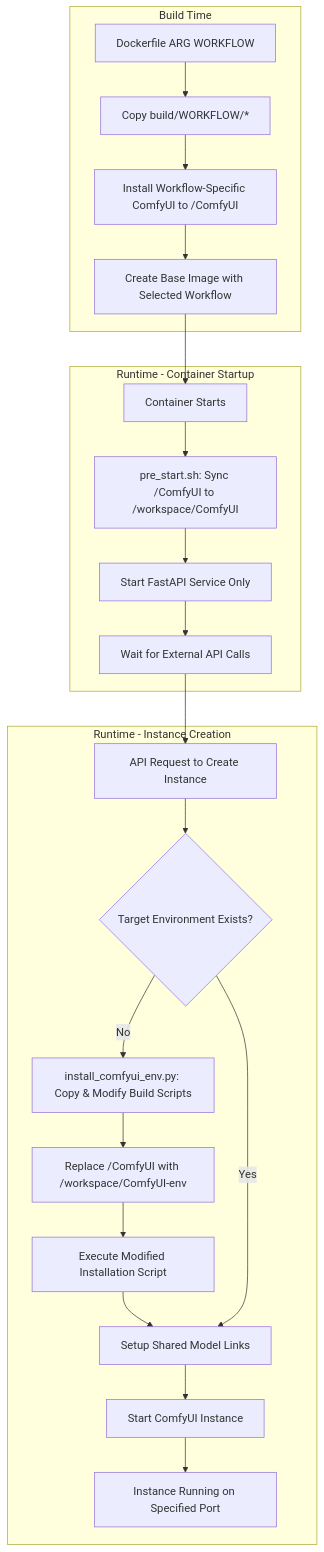
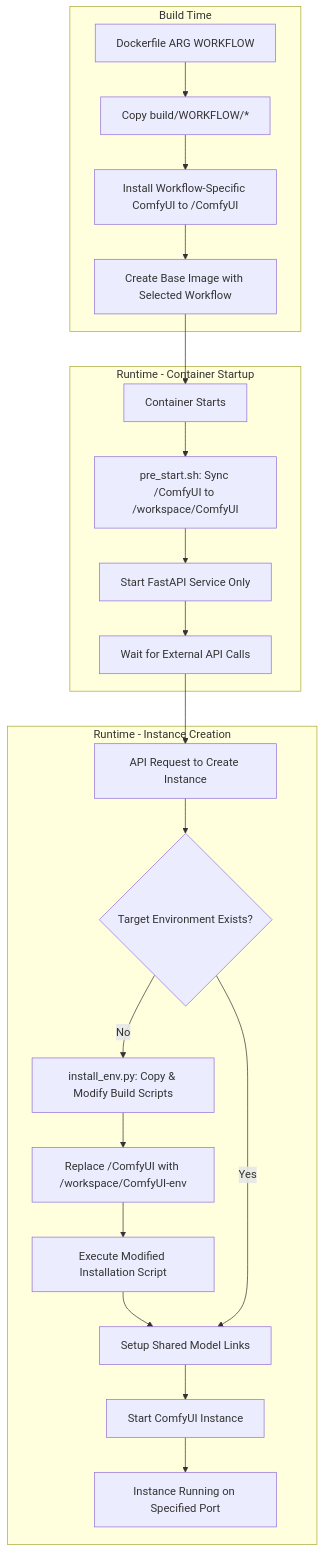
The first of 4 diagrams in README.md (Be-As-One/comfyui-docker), drawn with Mermaid before and after one commit. The commit also changed other lines of this file and 14 other files, not shown here.

````diff
--- a/README.md
+++ b/README.md
@@ -52,28 +52,28 @@
 ```mermaid
 graph TB
     subgraph "Build Time"
         A1["Dockerfile ARG WORKFLOW"] --> A2["Copy build/WORKFLOW/*"]
         A2 --> A3["Install Workflow-Specific ComfyUI to /ComfyUI"]
         A3 --> A4["Create Base Image with Selected Workflow"]
     end
     
     subgraph "Runtime - Container Startup"
         B1["Container Starts"] --> B2["pre_start.sh: Sync /ComfyUI to /workspace/ComfyUI"]
         B2 --> B3["Start FastAPI Service Only"]
         B3 --> B4["Wait for External API Calls"]
     end
     
     subgraph "Runtime - Instance Creation"
         C1["API Request to Create Instance"] --> C2{"Target Environment Exists?"}
-        C2 -->|No| C3["install_comfyui_env.py: Copy & Modify Build Scripts"]
+        C2 -->|No| C3["install_env.py: Copy & Modify Build Scripts"]
         C3 --> C4["Replace /ComfyUI with /workspace/ComfyUI-env"]
         C4 --> C5["Execute Modified Installation Script"]
         C5 --> C6["Setup Shared Model Links"]
         C2 -->|Yes| C6
         C6 --> C7["Start ComfyUI Instance"]
         C7 --> C8["Instance Running on Specified Port"]
     end
     
     A4 --> B1
     B4 --> C1
 ```
````
